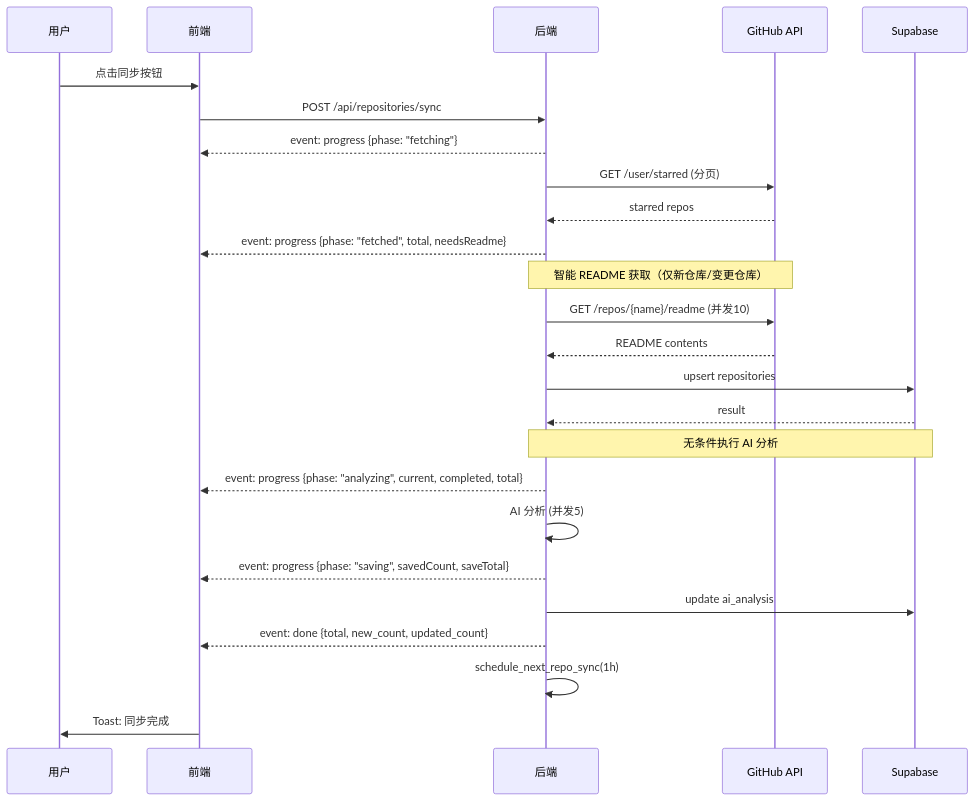
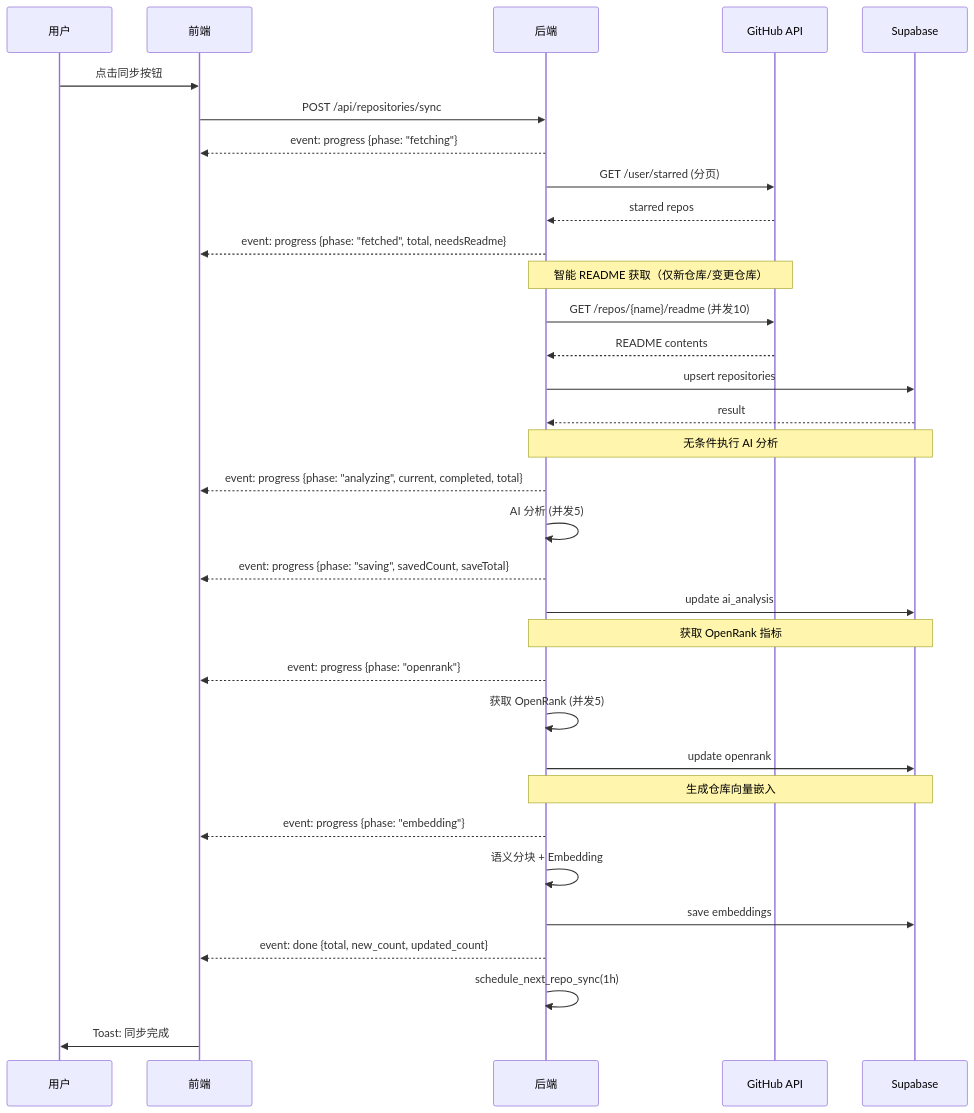
Before and after one commit to InvisibleQAQ/SaveHub_Supabase: the third of 3 diagrams in docs/RSS_subscribe/仓库同步流程.md, drawn with Mermaid. The commit also changed other lines of this file and 8 other files, not shown here.

````diff
--- a/docs/RSS_subscribe/仓库同步流程.md
+++ b/docs/RSS_subscribe/仓库同步流程.md
@@ -119,33 +121,43 @@
 ```mermaid
 sequenceDiagram
     participant U as 用户
     participant F as 前端
     participant B as 后端
     participant G as GitHub API
     participant D as Supabase
 
     U->>F: 点击同步按钮
     F->>B: POST /api/repositories/sync
 
     B-->>F: event: progress {phase: "fetching"}
     B->>G: GET /user/starred (分页)
     G-->>B: starred repos
     B-->>F: event: progress {phase: "fetched", total, needsReadme}
 
     Note over B,G: 智能 README 获取（仅新仓库/变更仓库）
     B->>G: GET /repos/{name}/readme (并发10)
     G-->>B: README contents
 
     B->>D: upsert repositories
     D-->>B: result
 
     Note over B,D: 无条件执行 AI 分析
     B-->>F: event: progress {phase: "analyzing", current, completed, total}
     B->>B: AI 分析 (并发5)
     B-->>F: event: progress {phase: "saving", savedCount, saveTotal}
     B->>D: update ai_analysis
 
+    Note over B,D: 获取 OpenRank 指标
+    B-->>F: event: progress {phase: "openrank"}
+    B->>B: 获取 OpenRank (并发5)
+    B->>D: update openrank
+
+    Note over B,D: 生成仓库向量嵌入
+    B-->>F: event: progress {phase: "embedding"}
+    B->>B: 语义分块 + Embedding
+    B->>D: save embeddings
+
     B-->>F: event: done {total, new_count, updated_count}
     B->>B: schedule_next_repo_sync(1h)
     F->>U: Toast: 同步完成
 ```
````
